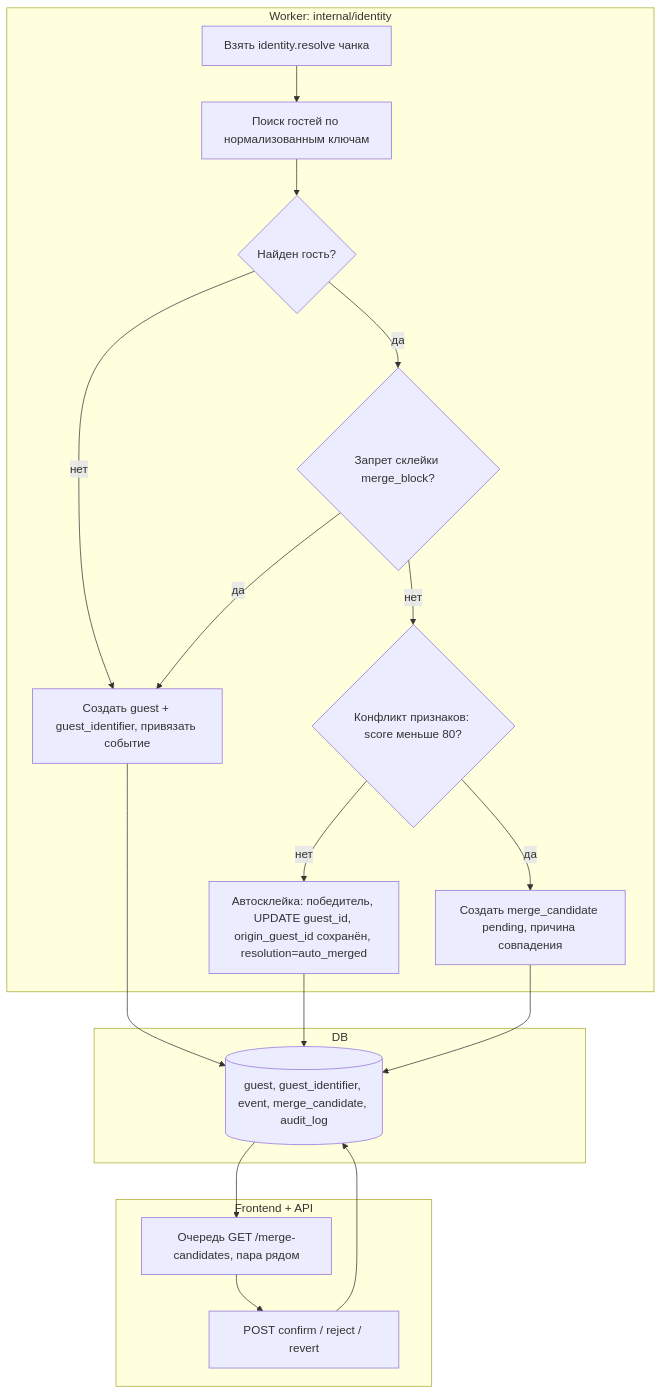
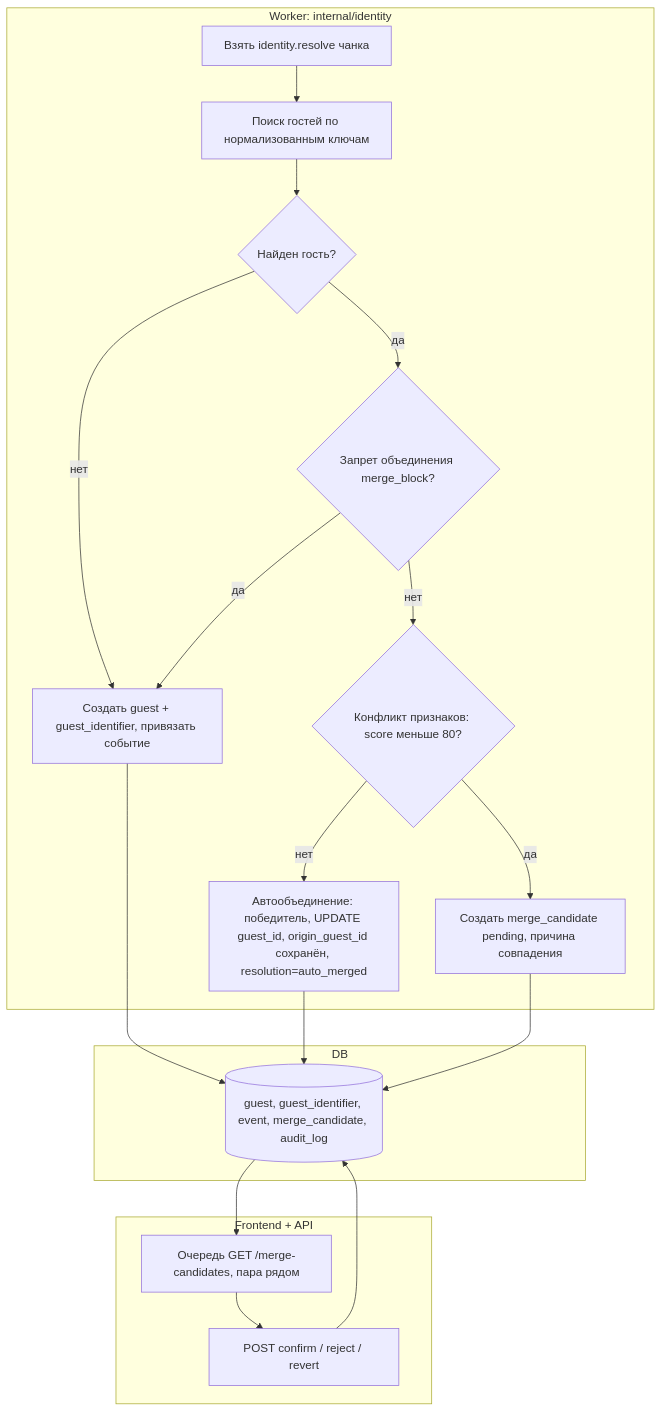
One commit to MangriMen/UCRP changed the third of 6 diagrams in docs/design/08-activity-diagrams.md. Above: the diagram before and after it, drawn with Mermaid. The commit also changed other lines of this file and 41 other files, not shown here.

````diff
--- a/docs/design/08-activity-diagrams.md
+++ b/docs/design/08-activity-diagrams.md
@@ -76,28 +76,28 @@
 ```mermaid
 flowchart TB
   subgraph WK["Worker: internal/identity"]
     W1["Взять identity.resolve чанка"]
     W2["Поиск гостей по нормализованным ключам"]
     W3{"Найден гость?"}
     W4["Создать guest + guest_identifier, привязать событие"]
-    W5{"Запрет склейки merge_block?"}
+    W5{"Запрет объединения merge_block?"}
     W6{"Конфликт признаков: score меньше 80?"}
-    W7["Автосклейка: победитель, UPDATE guest_id, origin_guest_id сохранён, resolution=auto_merged"]
+    W7["Автообъединение: победитель, UPDATE guest_id, origin_guest_id сохранён, resolution=auto_merged"]
     W8["Создать merge_candidate pending, причина совпадения"]
   end
   subgraph DB["DB"]
     D1[("guest, guest_identifier, event, merge_candidate, audit_log")]
   end
   subgraph FE["Frontend + API"]
     F1["Очередь GET /merge-candidates, пара рядом"]
     F2["POST confirm / reject / revert"]
   end
   W1 --> W2 --> W3
   W3 -- нет --> W4 --> D1
   W3 -- да --> W5
   W5 -- да --> W4
   W5 -- нет --> W6
   W6 -- нет --> W7 --> D1
   W6 -- да --> W8 --> D1
   D1 --> F1 --> F2 --> D1
 ```
````
